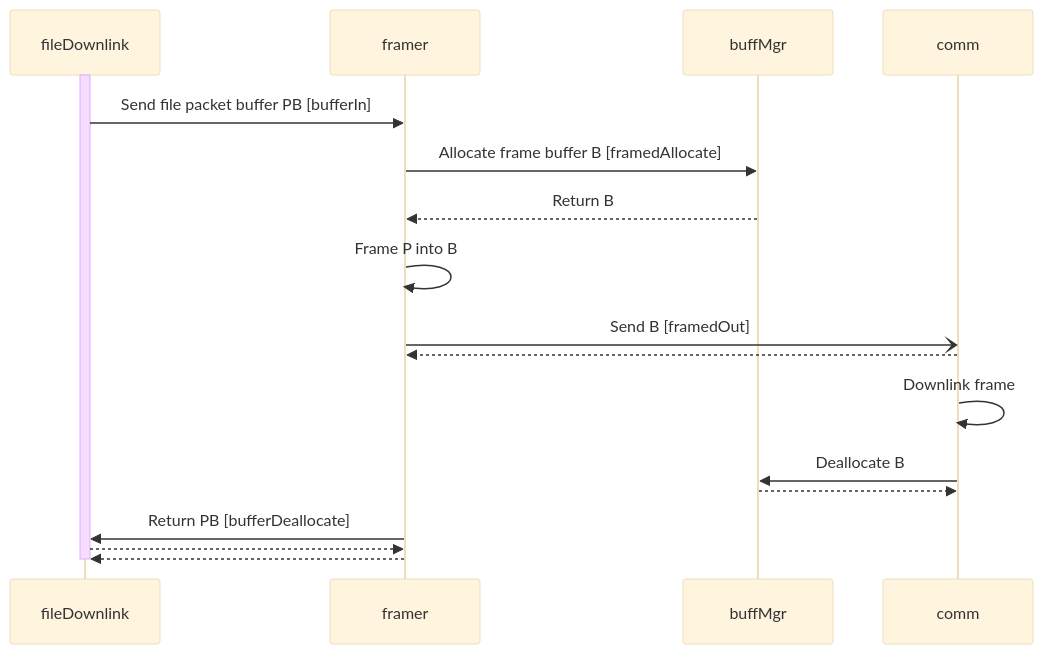
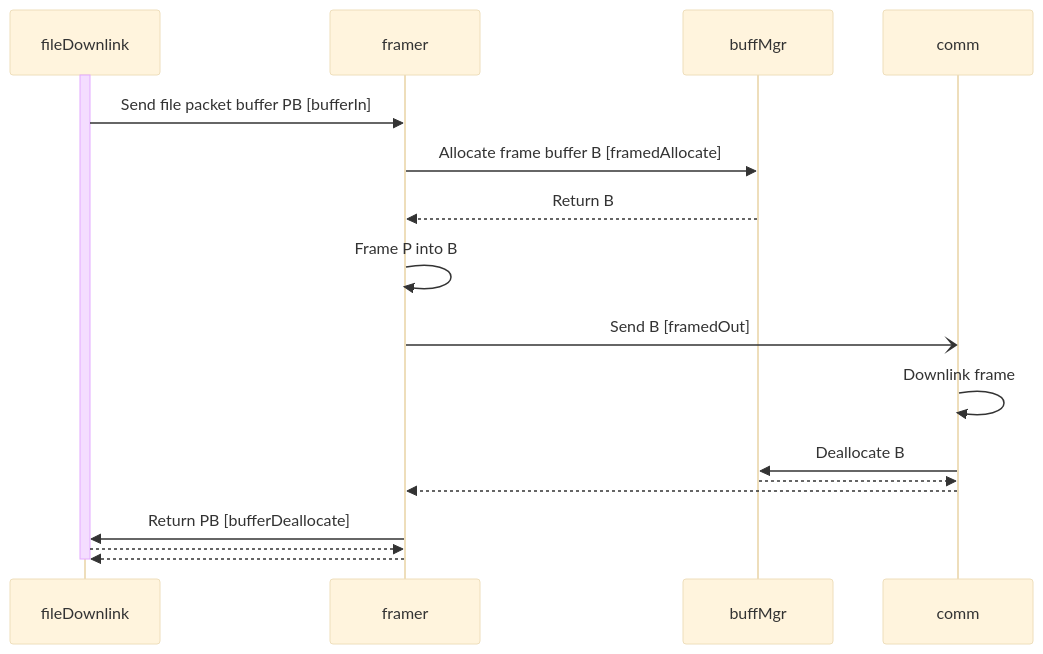
Before and after one commit to nasa/fprime: the fourth of 4 diagrams in Svc/Framer/docs/sdd.md, drawn with Mermaid (base theme). The commit also changed other lines of this file, not shown here.

Commit message:
Revise Framer SDD

````diff
--- a/Svc/Framer/docs/sdd.md
+++ b/Svc/Framer/docs/sdd.md
@@ -287,17 +287,17 @@
 ```mermaid
 sequenceDiagram
     activate fileDownlink
     fileDownlink->>framer: Send file packet buffer PB [bufferIn]
     framer->>buffMgr: Allocate frame buffer B [framedAllocate]
     buffMgr-->>framer: Return B
     framer->>framer: Frame P into B
     framer-)comm: Send B [framedOut]
-    comm-->>framer: 
     comm->>comm: Downlink frame
     comm->>buffMgr: Deallocate B
     buffMgr-->>comm: 
+    comm-->>framer: 
     framer->>fileDownlink: Return PB [bufferDeallocate]
     fileDownlink-->>framer: 
     framer-->>fileDownlink: 
     deactivate fileDownlink
 ```
````
